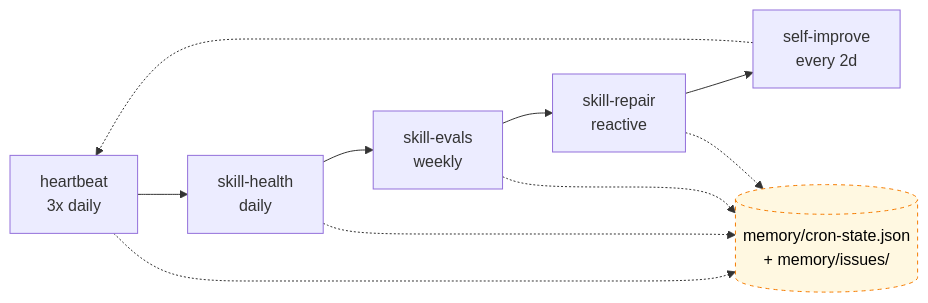
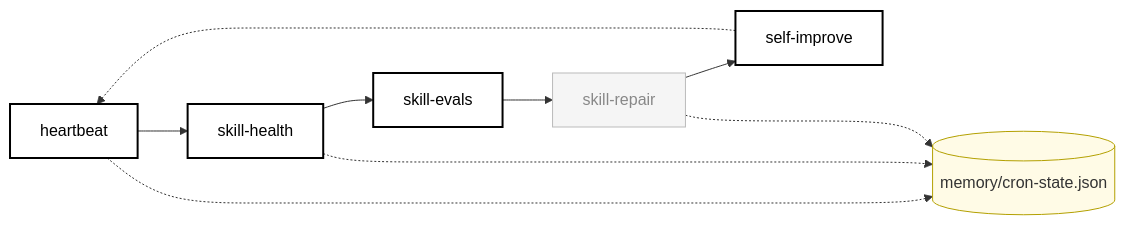
One commit to anajuliabit/aeon changed the second of 7 diagrams in docs/skill-graph.md. Above: the diagram before and after it, drawn with Mermaid. The commit also changed other lines of this file and 2 other files, not shown here.

First line of the commit message:
docs(skill-graph): regenerate map — 3 new skills, 16 newly enabled, 160 new edges

````diff
--- a/docs/skill-graph.md
+++ b/docs/skill-graph.md
@@ -51,22 +54,28 @@
 ```mermaid
 flowchart LR
-    heartbeat[heartbeat<br/>3x daily] --> health[skill-health<br/>daily]
-    health --> evals[skill-evals<br/>weekly]
-    evals --> repair[skill-repair<br/>reactive]
-    repair --> improve[self-improve<br/>every 2d]
-    improve -.-> heartbeat
+    heartbeat["heartbeat"]:::enabled
+    skill-health["skill-health"]:::enabled
+    skill-evals["skill-evals"]:::enabled
+    skill-repair["skill-repair"]:::disabled
+    self-improve["self-improve"]:::enabled
+    cron-state[("memory/cron-state.json")]:::state
 
-    state[(memory/cron-state.json<br/>+ memory/issues/)]:::state
-    heartbeat -.-> state
-    health -.-> state
-    evals -.-> state
-    repair -.-> state
+    heartbeat --> skill-health
+    skill-health --> skill-evals
+    skill-evals --> skill-repair
+    skill-repair --> self-improve
+    self-improve -.-> heartbeat
+    heartbeat -..-> cron-state
+    skill-health -..-> cron-state
+    skill-repair -..-> cron-state
 
     click heartbeat "../skills/heartbeat/SKILL.md"
-    click health "../skills/skill-health/SKILL.md"
-    click evals "../skills/skill-evals/SKILL.md"
-    click repair "../skills/skill-repair/SKILL.md"
-    click improve "../skills/self-improve/SKILL.md"
+    click skill-health "../skills/skill-health/SKILL.md"
+    click skill-evals "../skills/skill-evals/SKILL.md"
+    click skill-repair "../skills/skill-repair/SKILL.md"
+    click self-improve "../skills/self-improve/SKILL.md"
 
-    classDef state fill:#fff8e1,stroke:#f57c00,stroke-dasharray:4 4,color:#000
+    classDef enabled fill:#fff,stroke:#000,stroke-width:2px,color:#000
+    classDef disabled fill:#f5f5f5,stroke:#bbb,color:#888
+    classDef state fill:#fffbe6,stroke:#b3a000,color:#333
 ```
````
